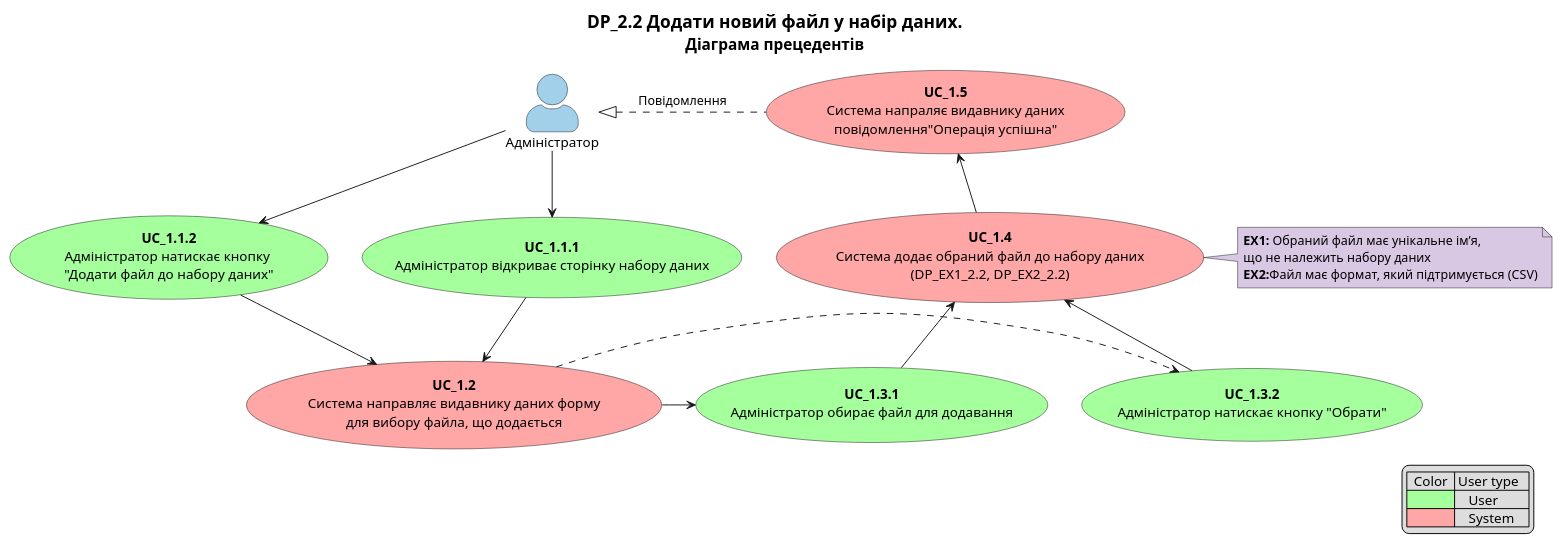
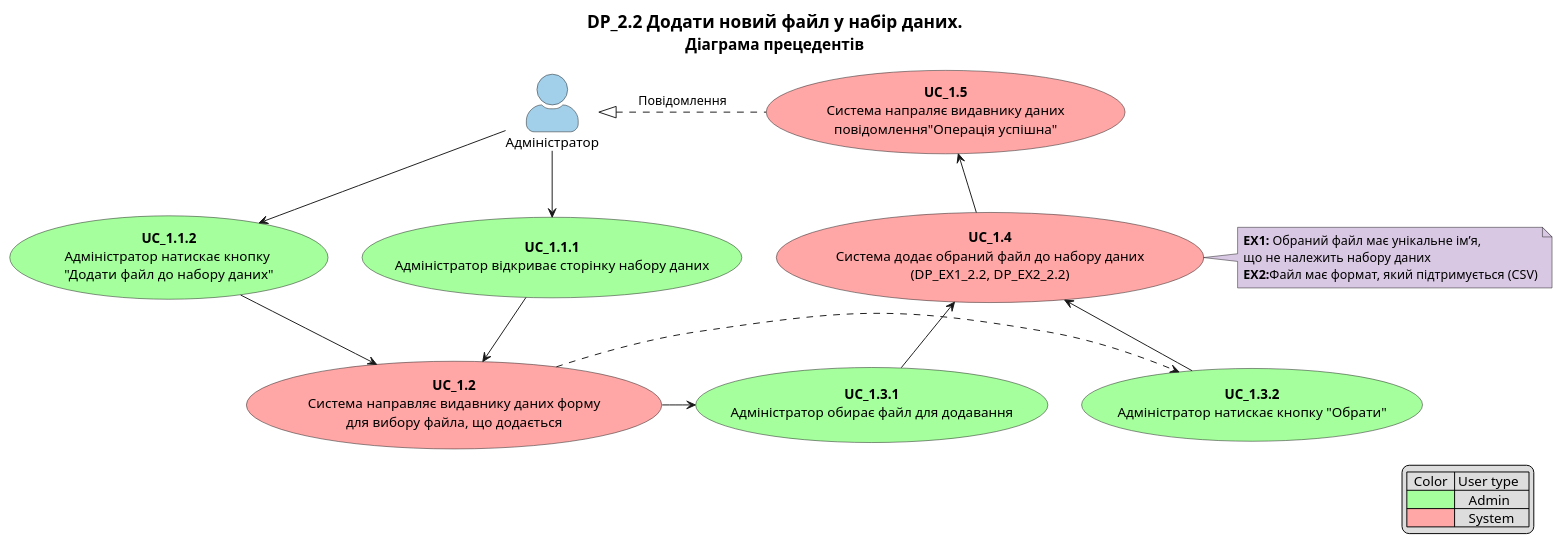
One commit to YanPetrov7/DB_REST_API changed diagram 12 of 16 in docs/use cases/README.md. Above: the diagram before and after it, drawn with PlantUML. The commit also changed other lines of this file, not shown here.

```diff
--- a/docs/use cases/README.md
+++ b/docs/use cases/README.md
@@ -602,40 +644,40 @@
 @startuml
 
     title
         <font size=18 color=black>DP_2.2 Додати новий файл у набір даних.
         <font size=16 color=black>Діаграма прецедентів
     end title
 
     legend right
     |  Color  | User type   |
-    |<#a4ff9c>|    User     |
+    |<#a4ff9c>|    Admin    |
     |<#ffa6a6>|    System   |
     endlegend
 
     skinparam actorStyle awesome
     
     actor "Адміністратор" as User #a2d0eb
 
     usecase "<b>UC_1.1.1</b>\nАдміністратор відкриває сторінку набору даних" as S1 #a4ff9c
     usecase "<b>UC_1.1.2</b>\nАдміністратор натискає кнопку \n"Додати файл до набору даних"" as S2 #a4ff9c
     usecase "<b>UC_1.2</b>\nСистема направляє видавнику даних форму\nдля вибору файла, що додається" as S3 #ffa6a6
     usecase "<b>UC_1.3.1</b>\nАдміністратор обирає файл для додавання" as S4 #a4ff9c
     usecase "<b>UC_1.3.2</b>\nАдміністратор натискає кнопку "Обрати"" as S5 #a4ff9c
     usecase "<b>UC_1.4</b>\nСистема додає обраний файл до набору даних\n(DP_EX1_2.2, DP_EX2_2.2)" as S6 #ffa6a6
     usecase "<b>UC_1.5</b>\nСистема напраляє видавнику даних\nповідомлення"Операція успішна"" as S7 #ffa6a6
 
     note "<b>EX1:</b> Обраний файл має унікальне ім’я,\nщо не належить набору даних\n<b>EX2:</b>Файл має формат, який підтримується (CSV)" as EX1 #d9c8e3
 
     User -down-> S1
     User -down-> S2
     S1 -down-> S3
     S2 -down-> S3
     S3 -right-> S4
     S3 -right.> S5
     S4 -up-> S6
     S5-up-> S6
     S6 -right.> EX1
     S6 -up-> S7
     S7 -left.|> User : Повідомлення
 
 @enduml
```
